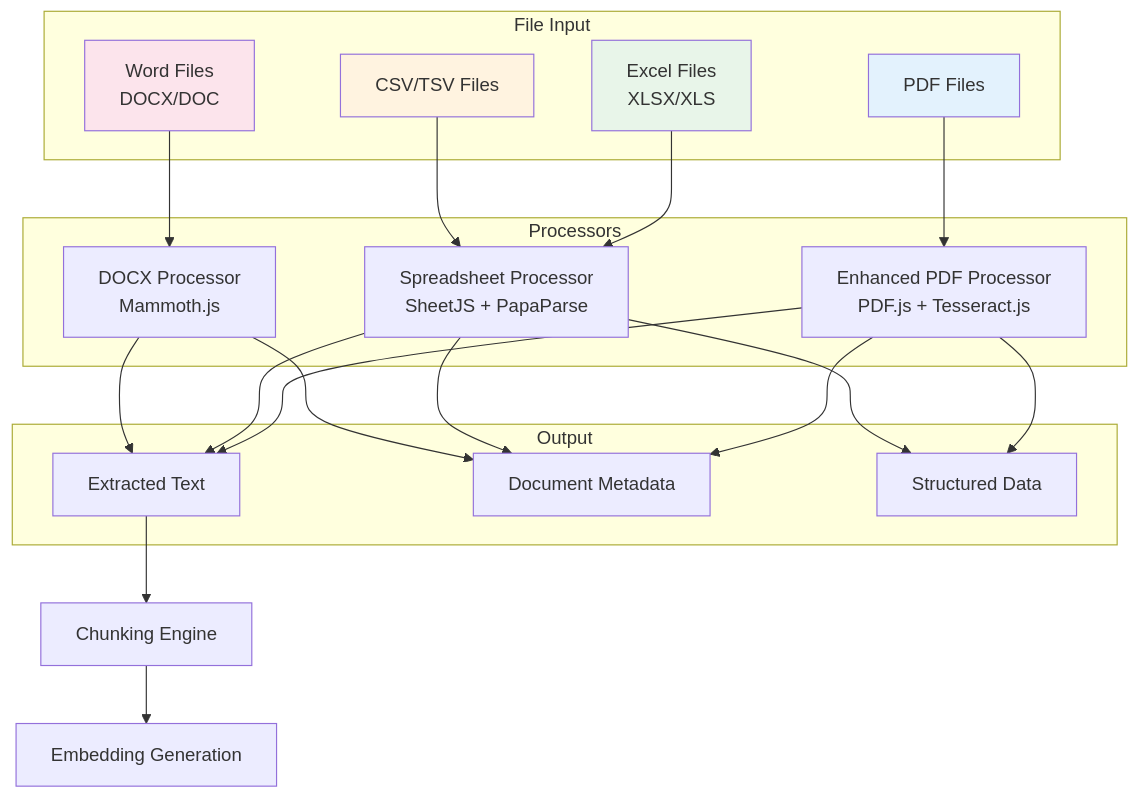
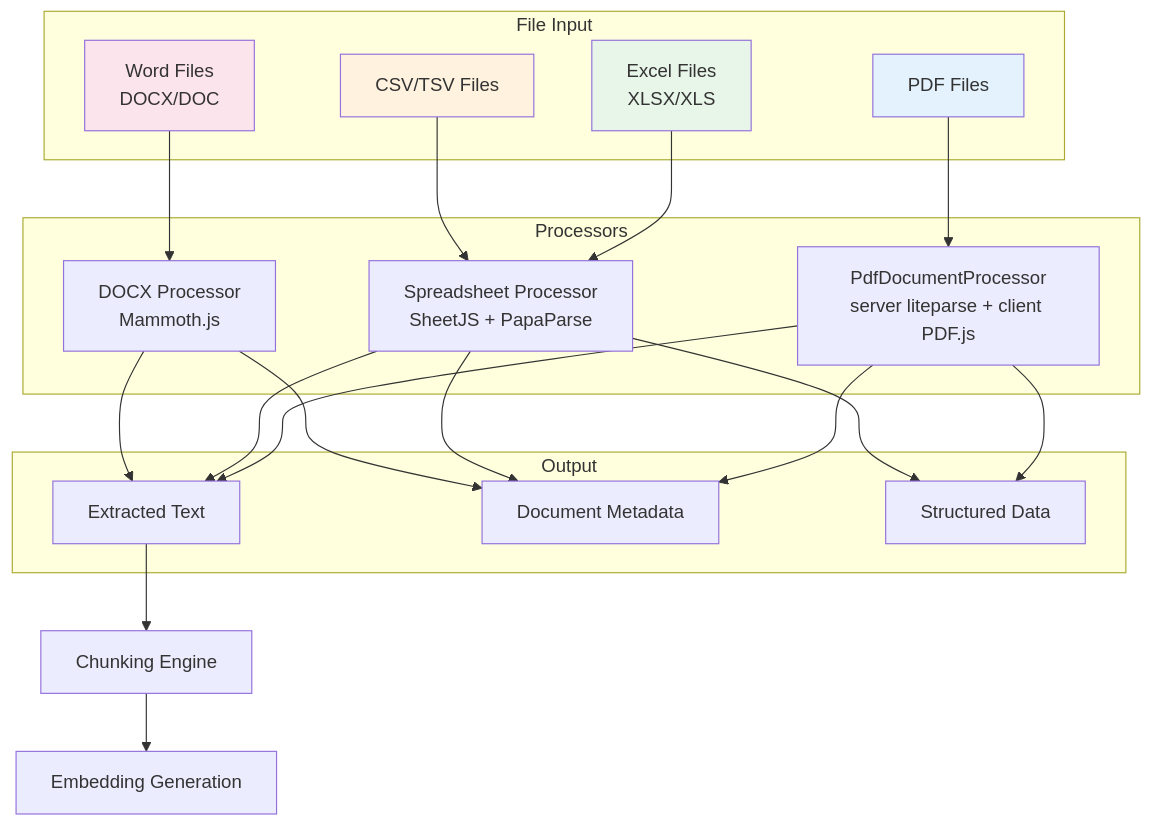
Before and after one commit to Kedhareswer/QuantumPDF_ChatApp_VectorDB: the tenth of 14 diagrams in docs/ARCHITECTURE_FLOWS.md, drawn with Mermaid. The commit also changed other lines of this file and 15 other files, not shown here.

First line of the commit message:
docs: reconcile all docs with the liteparse architecture; remove dead files

````diff
--- a/docs/ARCHITECTURE_FLOWS.md
+++ b/docs/ARCHITECTURE_FLOWS.md
@@ -502,45 +501,45 @@
 ```mermaid
 graph TD
     subgraph "File Input"
         PDF[PDF Files]
         XLSX[Excel Files<br/>XLSX/XLS]
         CSV[CSV/TSV Files]
         DOCX[Word Files<br/>DOCX/DOC]
     end
     
     subgraph "Processors"
-        PDF_PROC[Enhanced PDF Processor<br/>PDF.js + Tesseract.js]
+        PDF_PROC[PdfDocumentProcessor<br/>server liteparse + client PDF.js]
         SHEET_PROC[Spreadsheet Processor<br/>SheetJS + PapaParse]
         DOCX_PROC[DOCX Processor<br/>Mammoth.js]
     end
     
     subgraph "Output"
         TEXT_OUT[Extracted Text]
         META_OUT[Document Metadata]
         STRUCT_OUT[Structured Data]
     end
     
     PDF --> PDF_PROC
     XLSX --> SHEET_PROC
     CSV --> SHEET_PROC
     DOCX --> DOCX_PROC
     
     PDF_PROC --> TEXT_OUT
     PDF_PROC --> META_OUT
     PDF_PROC --> STRUCT_OUT
     
     SHEET_PROC --> TEXT_OUT
     SHEET_PROC --> META_OUT
     SHEET_PROC --> STRUCT_OUT
     
     DOCX_PROC --> TEXT_OUT
     DOCX_PROC --> META_OUT
     
     TEXT_OUT --> CHUNK[Chunking Engine]
     CHUNK --> EMB[Embedding Generation]
     
     style PDF fill:#e3f2fd
     style XLSX fill:#e8f5e9
     style CSV fill:#fff3e0
     style DOCX fill:#fce4ec
 ```
````
